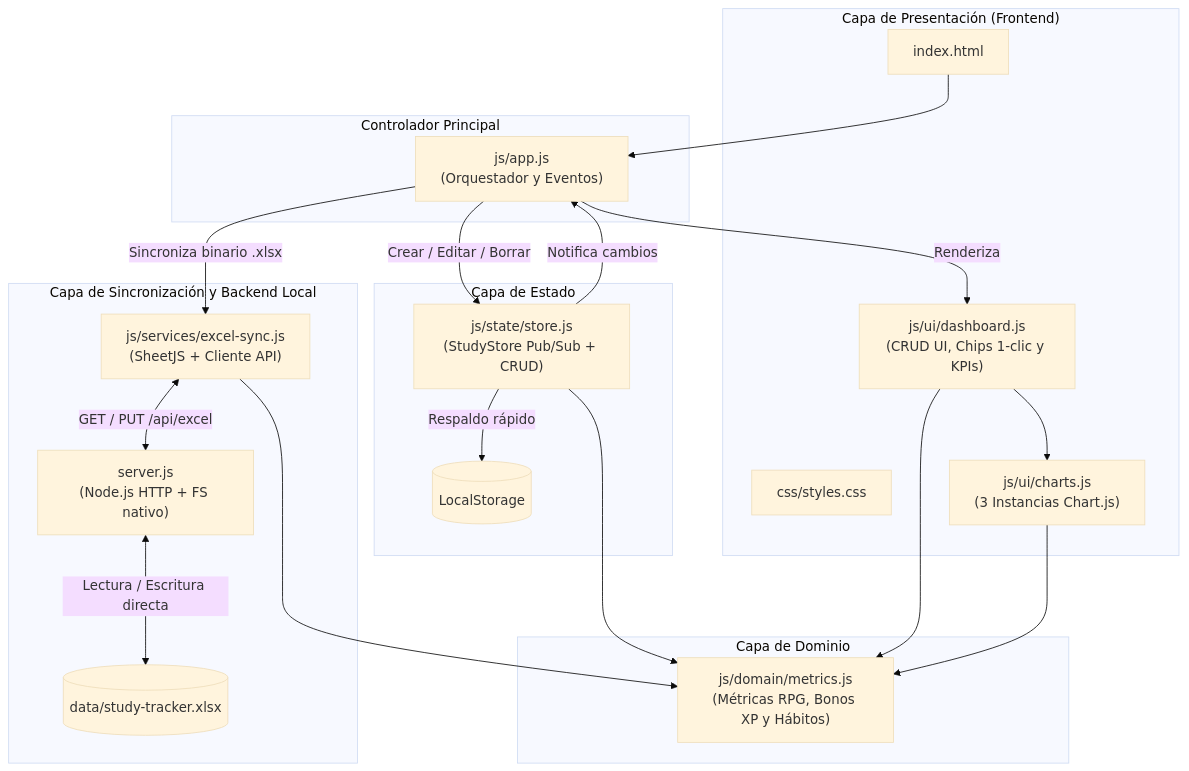
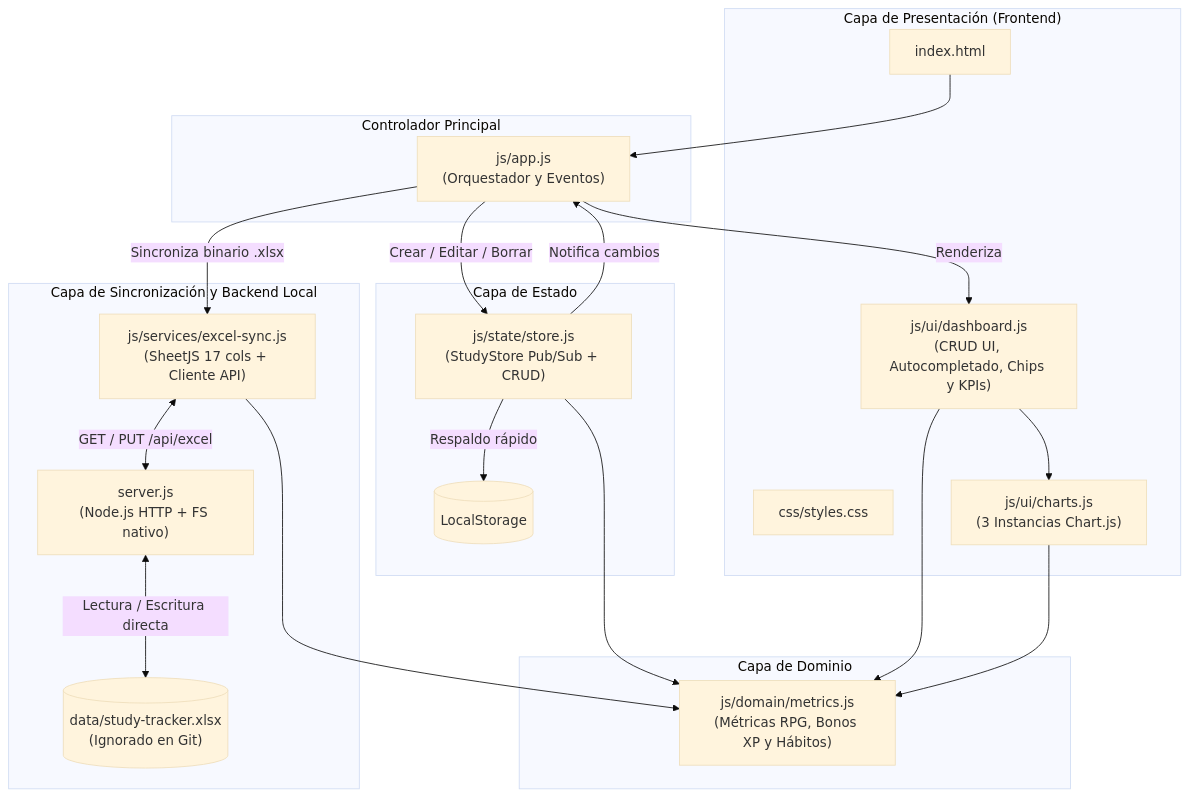
Before and after one commit to carloamezcua/study-tracker: the diagram in README.md, drawn with Mermaid (base theme). The commit also changed other lines of this file, not shown here.

````diff
--- a/README.md
+++ b/README.md
@@ -25,42 +27,42 @@
 ```mermaid
 flowchart TD
     subgraph UI["Capa de Presentación (Frontend)"]
         HTML["index.html"]
         CSS["css/styles.css"]
-        DASH["js/ui/dashboard.js\n(CRUD UI, Chips 1-clic y KPIs)"]
+        DASH["js/ui/dashboard.js\n(CRUD UI, Autocompletado, Chips y KPIs)"]
         CHARTS["js/ui/charts.js\n(3 Instancias Chart.js)"]
     end
 
     subgraph Controller["Controlador Principal"]
         APP["js/app.js\n(Orquestador y Eventos)"]
     end
 
     subgraph State["Capa de Estado"]
         STORE["js/state/store.js\n(StudyStore Pub/Sub + CRUD)"]
         LS[("LocalStorage")]
     end
 
     subgraph Domain["Capa de Dominio"]
         METRICS["js/domain/metrics.js\n(Métricas RPG, Bonos XP y Hábitos)"]
     end
 
     subgraph Sync["Capa de Sincronización y Backend Local"]
-        SYNC["js/services/excel-sync.js\n(SheetJS + Cliente API)"]
+        SYNC["js/services/excel-sync.js\n(SheetJS 17 cols + Cliente API)"]
         SERVER["server.js\n(Node.js HTTP + FS nativo)"]
-        XLSX[("data/study-tracker.xlsx")]
+        XLSX[("data/study-tracker.xlsx\n(Ignorado en Git)")]
     end
 
     HTML --> APP
     APP -->|Crear / Editar / Borrar| STORE
     STORE -->|Respaldo rápido| LS
     STORE -->|Notifica cambios| APP
     APP -->|Renderiza| DASH
     DASH --> CHARTS
     APP -->|Sincroniza binario .xlsx| SYNC
     SYNC <-->|GET / PUT /api/excel| SERVER
     SERVER <-->|Lectura / Escritura directa| XLSX
     STORE --> METRICS
     DASH --> METRICS
     CHARTS --> METRICS
     SYNC --> METRICS
 ```
````
